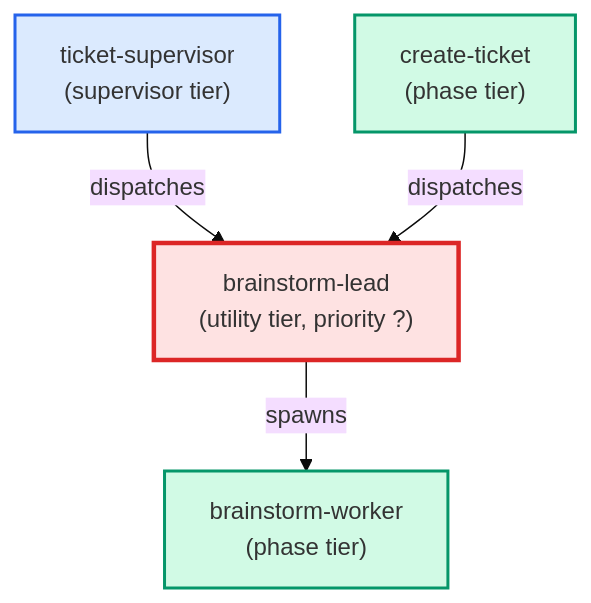
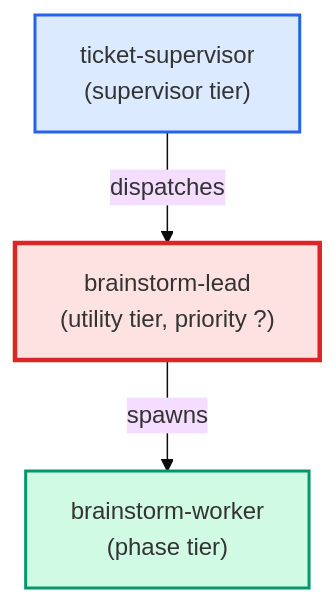
Before and after one commit to urlmonitor/leafcutter-ai: the diagram in docs/agents/cards/brainstorm-lead.card.md, drawn with Mermaid (base theme). The commit also changed other lines of this file and 52 other files, not shown here.

````diff
--- a/docs/agents/cards/brainstorm-lead.card.md
+++ b/docs/agents/cards/brainstorm-lead.card.md
@@ -49,16 +53,14 @@
 ```mermaid
 flowchart TD
     classDef supervisor fill:#dbeafe,stroke:#2563eb,stroke-width:2px
     classDef phase fill:#d1fae5,stroke:#059669,stroke-width:2px
     classDef utility fill:#f3f4f6,stroke:#4b5563,stroke-width:2px
     classDef target fill:#fee2e2,stroke:#dc2626,stroke-width:3px
 
     ticket_supervisor["ticket-supervisor\n(supervisor tier)"]:::supervisor
-    create_ticket["create-ticket\n(phase tier)"]:::phase
     brainstorm_lead["brainstorm-lead\n(utility tier, priority ?)"]:::target
     brainstorm_worker["brainstorm-worker\n(phase tier)"]:::phase
 
     ticket_supervisor -->|dispatches| brainstorm_lead
-    create_ticket -->|dispatches| brainstorm_lead
     brainstorm_lead -->|spawns| brainstorm_worker
 ```
````
